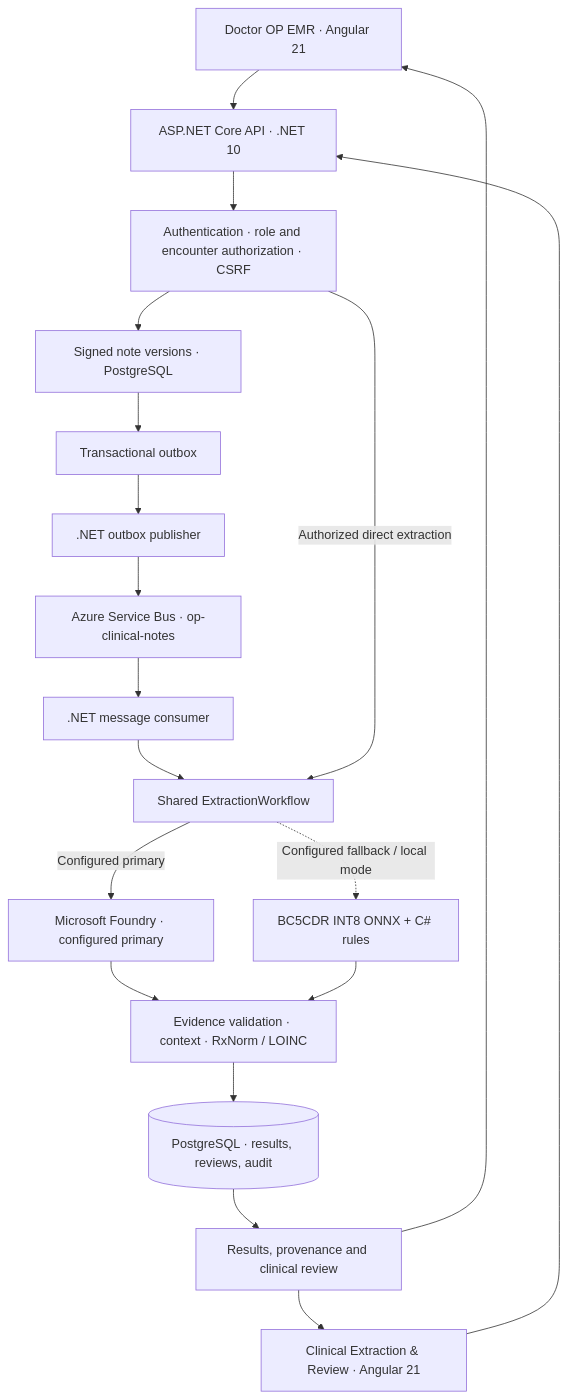
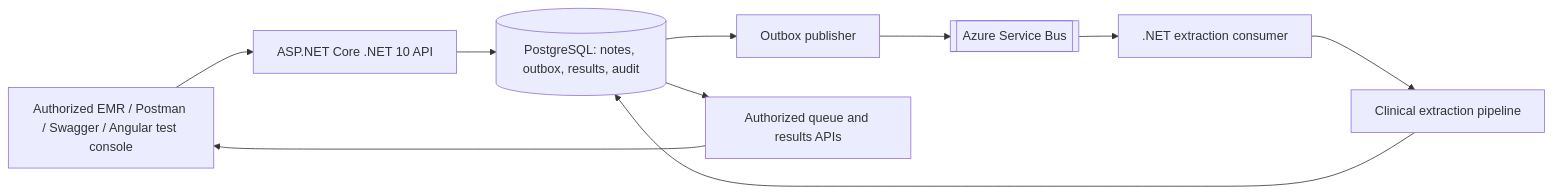
The first of 6 diagrams in README.md (935125/Apollo-Clinical-Extraction), drawn with Mermaid before and after one commit. The commit also changed other lines of this file and 230 other files, not shown here.

Commit message:
feat: implement Apollo clinical extraction backend and documentation pipeline

````diff
--- a/README.md
+++ b/README.md
@@ -86,32 +60,12 @@
 ```mermaid
-flowchart TB
-    DOC["Doctor OP EMR · Angular 21"]
-    REV["Clinical Extraction & Review · Angular 21"]
-    API["ASP.NET Core API · .NET 10"]
-    AUTH["Authentication · role and encounter authorization · CSRF"]
-    NOTES["Signed note versions · PostgreSQL"]
-    OUTBOX["Transactional outbox"]
-    PUB[".NET outbox publisher"]
-    BUS["Azure Service Bus · op-clinical-notes"]
-    WORKER[".NET message consumer"]
-    FLOW["Shared ExtractionWorkflow"]
-    LLM["Microsoft Foundry · configured primary"]
-    LOCAL["BC5CDR INT8 ONNX + C# rules"]
-    CHECKS["Evidence validation · context · RxNorm / LOINC"]
-    STORE[("PostgreSQL · results, reviews, audit")]
-    RESULTS["Results, provenance and clinical review"]
-
-    DOC --> API
-    REV --> API
-    API --> AUTH
-    AUTH --> NOTES
-    NOTES --> OUTBOX --> PUB --> BUS --> WORKER --> FLOW
-    AUTH -->|"Authorized direct extraction"| FLOW
-    FLOW -->|"Configured primary"| LLM
-    FLOW -.->|"Configured fallback / local mode"| LOCAL
-    LLM --> CHECKS
-    LOCAL --> CHECKS
-    CHECKS --> STORE --> RESULTS
-    RESULTS --> DOC
-    RESULTS --> REV
+flowchart LR
+    Clients["Authorized EMR / Postman / Swagger / Angular test console"] --> API["ASP.NET Core .NET 10 API"]
+    API --> PG[("PostgreSQL: notes, outbox, results, audit")]
+    PG --> PUB["Outbox publisher"]
+    PUB --> BUS[["Azure Service Bus"]]
+    BUS --> WORK[".NET extraction consumer"]
+    WORK --> PIPE["Clinical extraction pipeline"]
+    PIPE --> PG
+    PG --> READ["Authorized queue and results APIs"]
+    READ --> Clients
 ```
````
